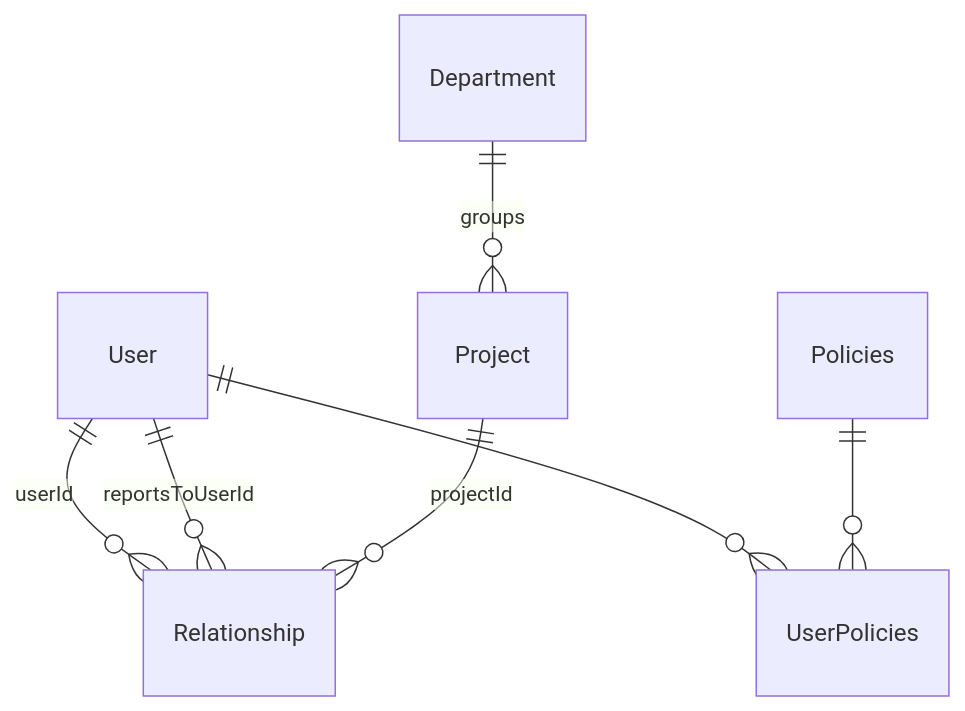
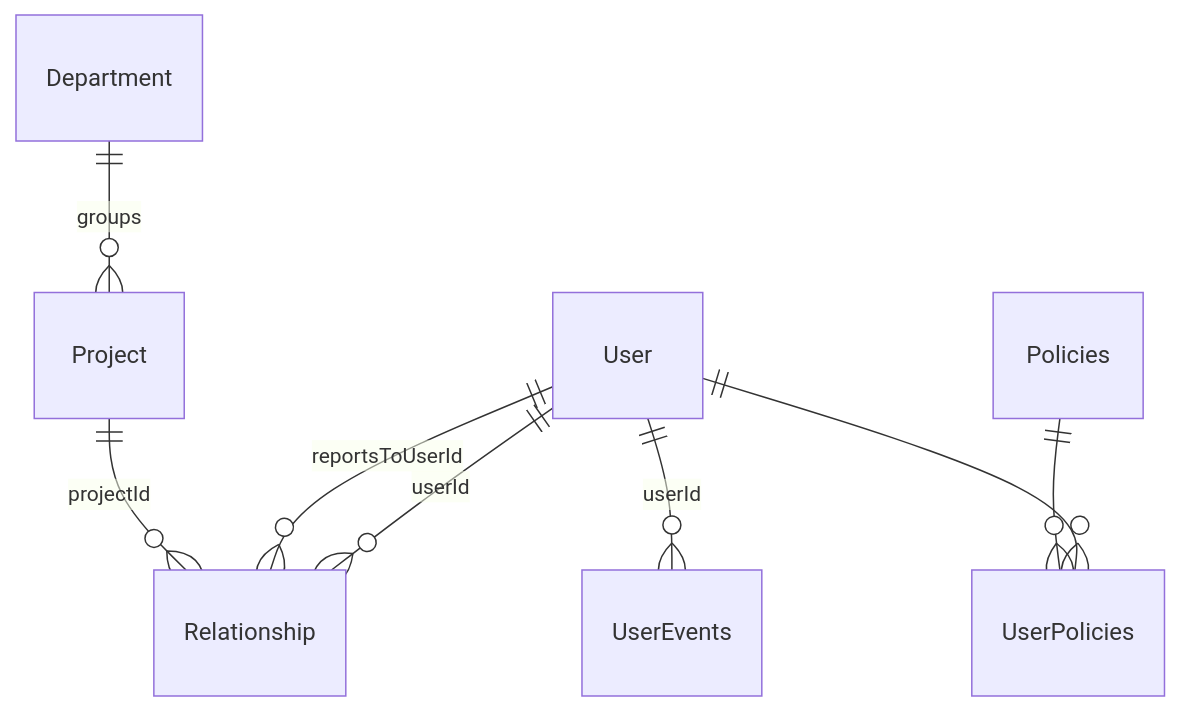
Before and after one commit to altexsoft-dmytro-novyk/workplace: the diagram in docs/architecture/database-schema.md, drawn with Mermaid. The commit also changed other lines of this file and 298 other files, not shown here.

````diff
--- a/docs/architecture/database-schema.md
+++ b/docs/architecture/database-schema.md
@@ -12,9 +13,10 @@
 ```mermaid
 erDiagram
   User ||--o{ Relationship : "userId"
   User ||--o{ Relationship : "reportsToUserId"
   Project ||--o{ Relationship : "projectId"
   Department ||--o{ Project : "groups"
   User ||--o{ UserPolicies : ""
   Policies ||--o{ UserPolicies : ""
+  User ||--o{ UserEvents : "userId"
 ```
````
